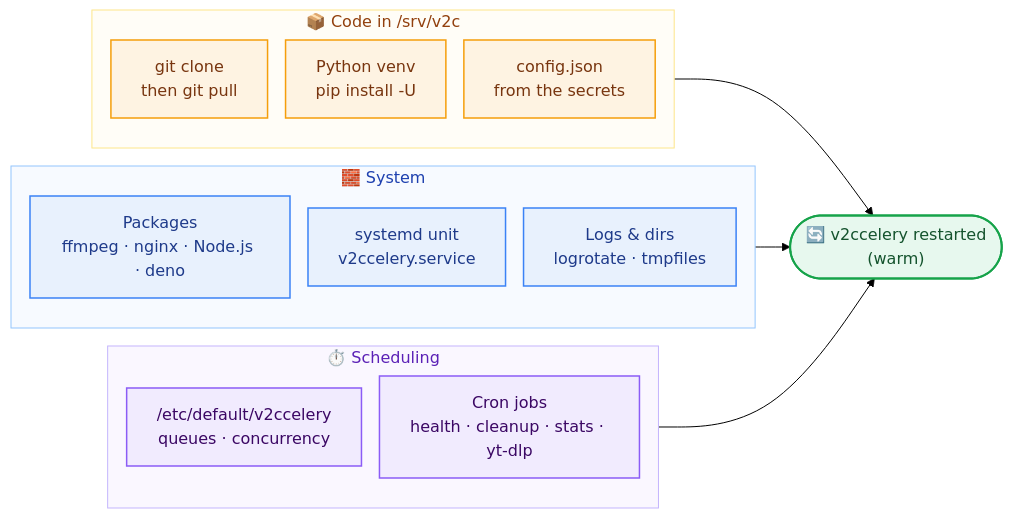
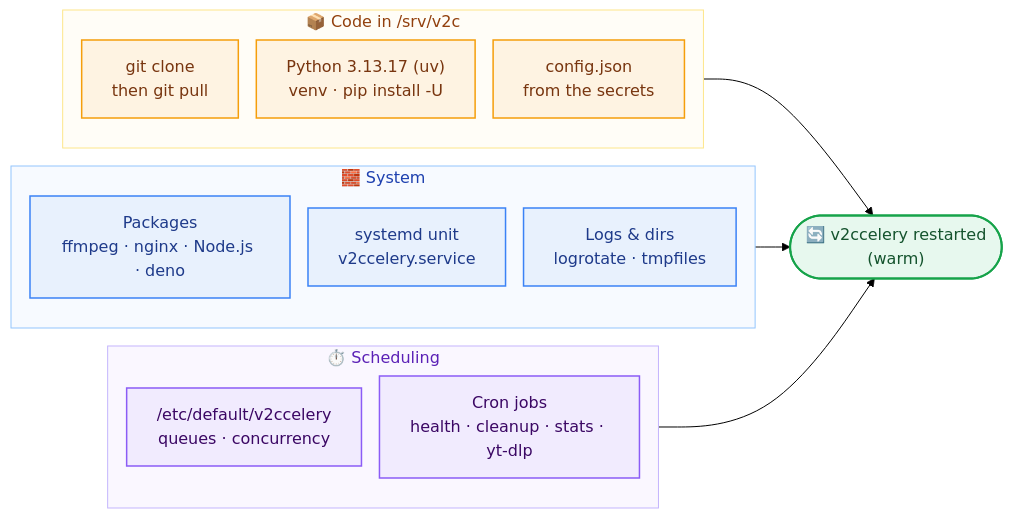
One commit to toolforge/video2commons changed the sixth of 7 diagrams in docs/ci-cd.md. Above: the diagram before and after it, drawn with Mermaid (forest theme). The commit also changed other lines of this file and 10 other files, not shown here.

````diff
--- a/docs/ci-cd.md
+++ b/docs/ci-cd.md
@@ -230,37 +231,37 @@
 ```mermaid
 %%{init: {"flowchart": {"curve": "basis", "nodeSpacing": 18, "rankSpacing": 35}}}%%
 flowchart LR
     subgraph run ["⏱️ Scheduling"]
         direction TB
         r1["/etc/default/v2ccelery<br/>queues · concurrency"]
         r2["Cron jobs<br/>health · cleanup · stats · yt-dlp"]
     end
     subgraph code ["📦 Code in /srv/v2c"]
         direction TB
         c1["git clone<br/>then git pull"]
-        c2["Python venv<br/>pip install -U"]
+        c2["Python 3.13.17 (uv)<br/>venv · pip install -U"]
         c3["config.json<br/>from the secrets"]
     end
     subgraph sys ["🧱 System"]
         direction TB
         p1["Packages<br/>ffmpeg · nginx · Node.js · deno"]
         p2["systemd unit<br/>v2ccelery.service"]
         p3["Logs & dirs<br/>logrotate · tmpfiles"]
     end
 
     code --> svc(["🔄 v2ccelery restarted<br/>(warm)"])
     sys --> svc
     r1 --> svc
 
     classDef a fill:#e8f1fd,stroke:#3b82f6,stroke-width:1.5px,color:#1e3a8a
     classDef b fill:#fef3e2,stroke:#f59e0b,stroke-width:1.5px,color:#78350f
     classDef c fill:#f1ebfe,stroke:#8b5cf6,stroke-width:1.5px,color:#3b0764
     classDef s fill:#e7f8ee,stroke:#16a34a,stroke-width:2px,color:#14532d
     class p1,p2,p3 a
     class c1,c2,c3 b
     class r1,r2 c
     class svc s
     style sys fill:#f7faff,stroke:#93c5fd,color:#1e40af
     style code fill:#fffdf7,stroke:#fde68a,color:#92400e
     style run fill:#faf7ff,stroke:#c4b5fd,color:#5b21b6
 ```
````
